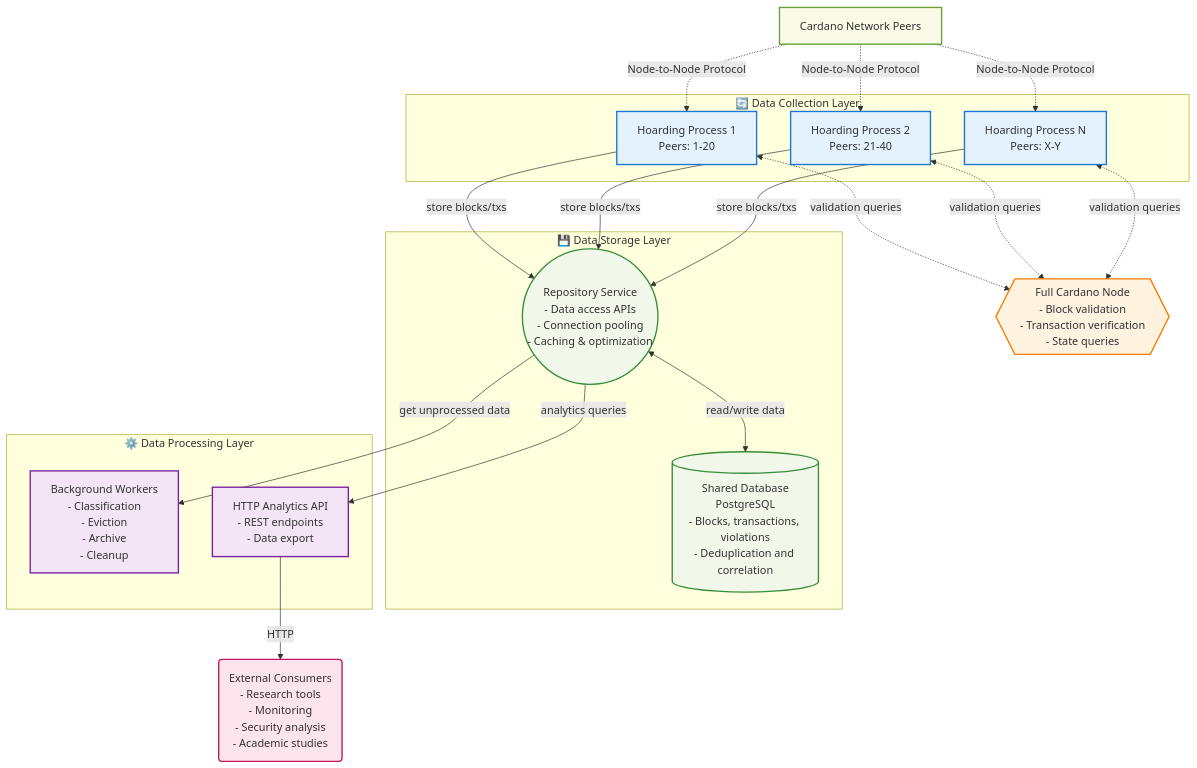
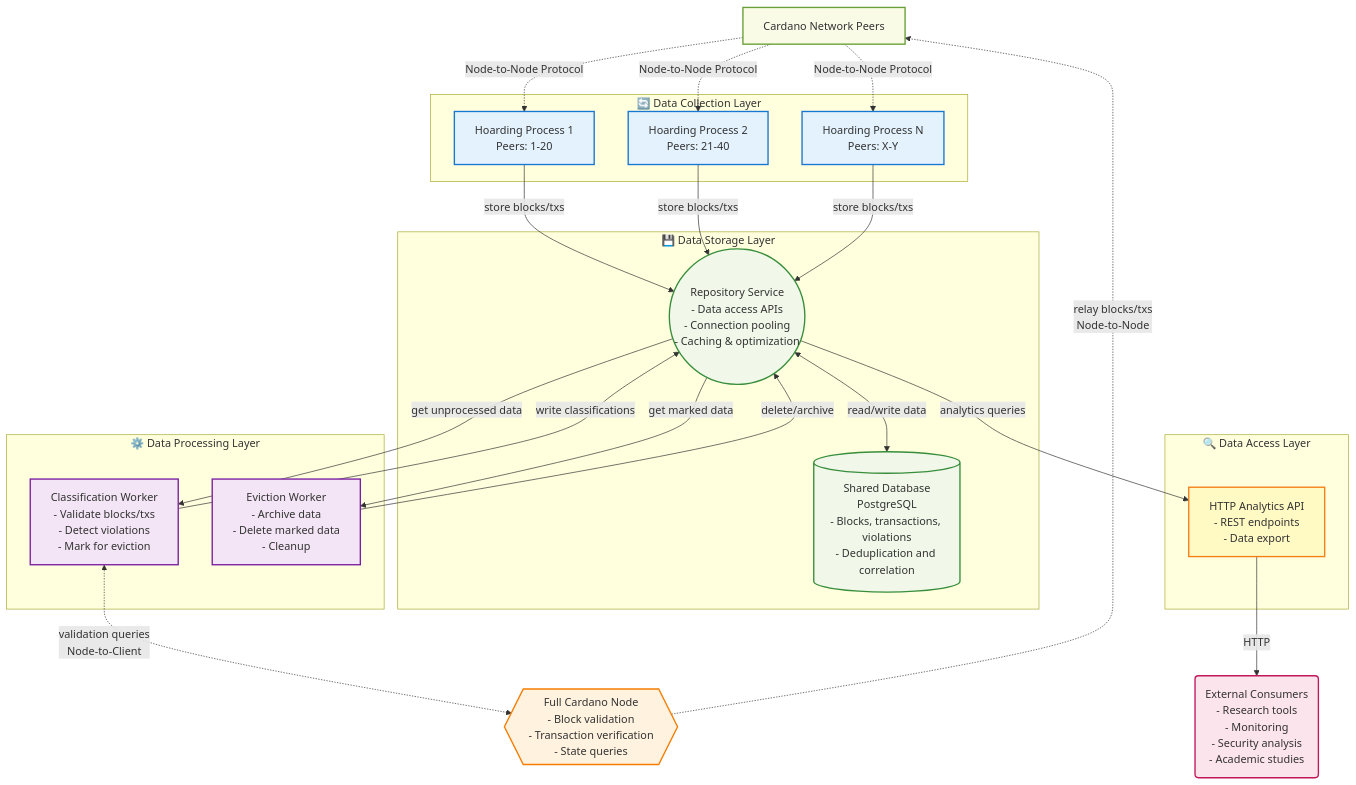
The first of 2 diagrams in CIP-XXXX.md (tweag/cardano-hoarding-node), drawn with Mermaid before and after one commit. The commit also changed other lines of this file, not shown here.

First line of the commit message:
Refine hoarding node architecture and document design decisions

````diff
--- a/CIP-XXXX.md
+++ b/CIP-XXXX.md
@@ -61,65 +61,75 @@
 ```mermaid
 graph TD
     %% Network Input
+
+    %% Data Access Subgraph
+    subgraph Access ["🔍 Data Access Layer"]
+        E[HTTP Analytics API<br/>- REST endpoints<br/>- Data export]
+    end
+
     A[Cardano Network Peers]
 
     %% Data Collection Subgraph
     subgraph Collection ["🔄 Data Collection Layer"]
         B1[Hoarding Process 1<br/>Peers: 1-20]
         B2[Hoarding Process 2<br/>Peers: 21-40]
         BN[Hoarding Process N<br/>Peers: X-Y]
     end
 
     %% Data Storage Subgraph
     subgraph Storage ["💾 Data Storage Layer"]
         R((Repository Service<br/>- Data access APIs<br/>- Connection pooling<br/>- Caching & optimization))
         C[(Shared Database<br/>PostgreSQL<br/>- Blocks, transactions, violations<br/>- Deduplication and correlation)]
     end
 
     %% Data Processing Subgraph
     subgraph Processing ["⚙️ Data Processing Layer"]
-        D[Background Workers<br/>- Classification<br/>- Eviction<br/>- Archive<br/>- Cleanup]
-        E[HTTP Analytics API<br/>- REST endpoints<br/>- Data export]
+        D1[Classification Worker<br/>- Validate blocks/txs<br/>- Detect violations<br/>- Mark for eviction]
+        D2[Eviction Worker<br/>- Archive data<br/>- Delete marked data<br/>- Cleanup]
     end
 
     %% External Components
     F(External Consumers<br/>- Research tools<br/>- Monitoring<br/>- Security analysis<br/>- Academic studies)
     G{{Full Cardano Node<br/>- Block validation<br/>- Transaction verification<br/>- State queries}}
 
     %% Network Protocol Connections
     A -.->|Node-to-Node Protocol| B1
     A -.->|Node-to-Node Protocol| B2
     A -.->|Node-to-Node Protocol| BN
 
     %% Data Flow Connections
     B1 -->|store blocks/txs| R
     B2 -->|store blocks/txs| R
     BN -->|store blocks/txs| R
 
     R <-->|read/write data| C
 
-    R -->|get unprocessed data| D
+    R -->|get unprocessed data| D1
+    D1 -->|write classifications| R
+    R -->|get marked data| D2
+    D2 -->|delete/archive| R
     R -->|analytics queries| E
 
     E -->|HTTP| F
 
-    %% Validation Connections
-    B1 <-.->|validation queries| G
-    B2 <-.->|validation queries| G
-    BN <-.->|validation queries| G
+    %% Validation and Network Connections
+    D1 <-.->|validation queries<br/>Node-to-Client| G
+    G -.->|relay blocks/txs<br/>Node-to-Node| A
 
     %% Enhanced Styling
     classDef collectionClass fill:#e3f2fd,stroke:#1976d2,stroke-width:2px
     classDef storageClass fill:#f1f8e9,stroke:#388e3c,stroke-width:2px
     classDef processingClass fill:#f3e5f5,stroke:#7b1fa2,stroke-width:2px
+    classDef accessClass fill:#fff9c4,stroke:#f57f17,stroke-width:2px
     classDef externalClass fill:#fff3e0,stroke:#f57c00,stroke-width:2px
     classDef consumerClass fill:#fce4ec,stroke:#c2185b,stroke-width:2px
     classDef networkClass fill:#f9fbe7,stroke:#689f38,stroke-width:2px
 
     class B1,B2,BN collectionClass
     class R,C storageClass
-    class D,E processingClass
+    class D1,D2 processingClass
+    class E accessClass
     class G externalClass
     class F consumerClass
     class A networkClass
 ```
````
